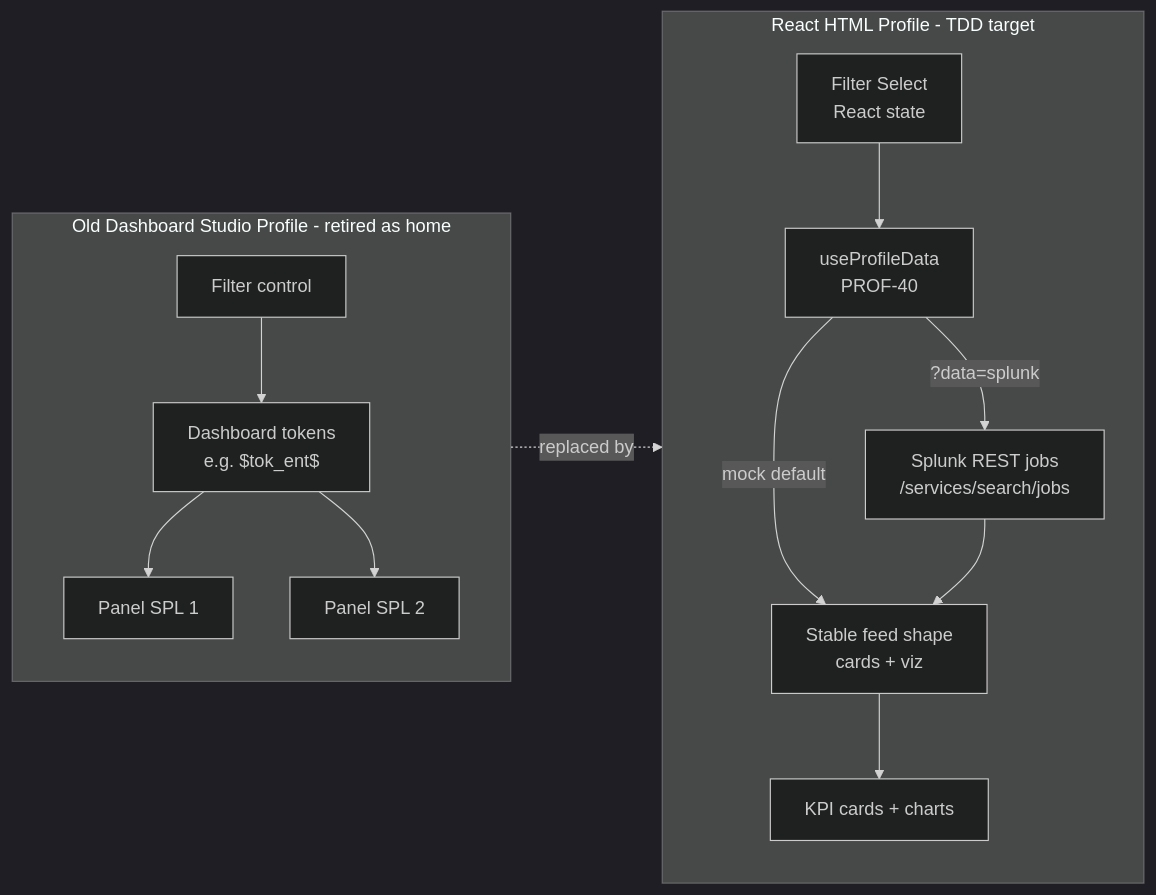
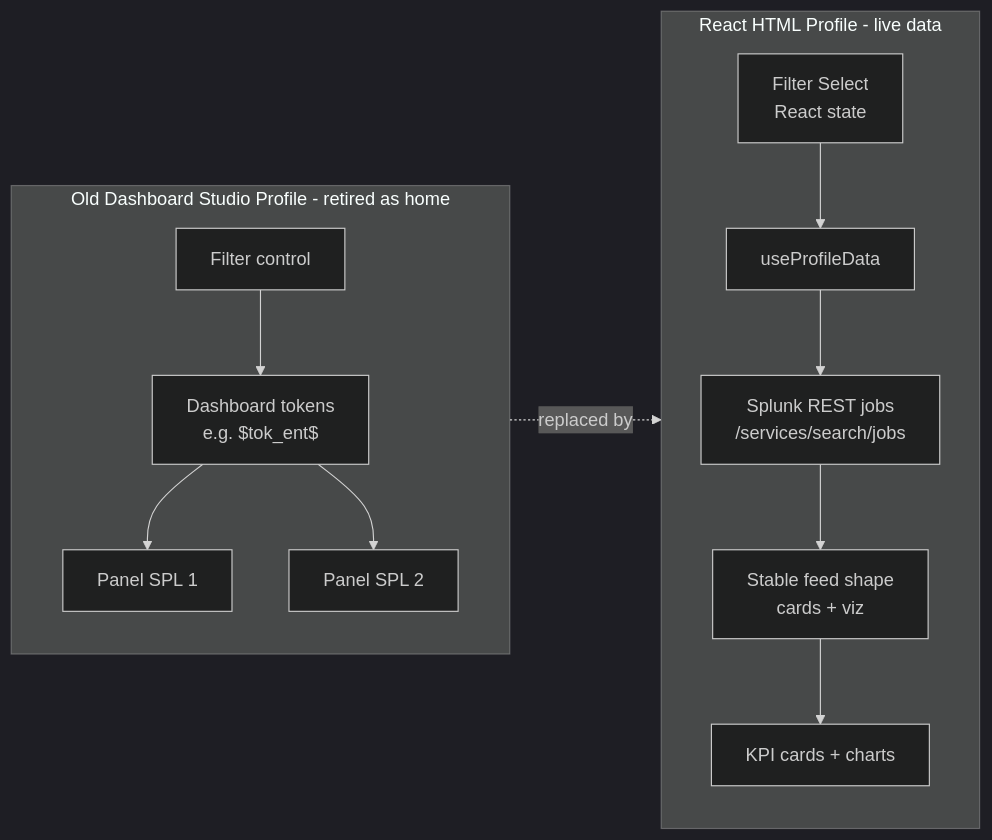
One commit to bleeclark/splunkStuff changed the second of 6 diagrams in packages/splunk-one/PROFILE-REACT-ARCHITECTURE.md. Above: the diagram before and after it, drawn with Mermaid (dark theme). The commit also changed other lines of this file and 20 other files, not shown here.

Commit message:
Refactor Profile React app to utilize live Splunk REST data, replacing mock fixtures. Updated filtering logic to map selections to SPL parameters and removed deprecated demo feed files. Enhanced error handling and loading states in the UI. Incremented asset version for clarity.

````diff
--- a/packages/splunk-one/PROFILE-REACT-ARCHITECTURE.md
+++ b/packages/splunk-one/PROFILE-REACT-ARCHITECTURE.md
@@ -46,27 +48,26 @@
 ```mermaid
 flowchart LR
   subgraph studio [Old Dashboard Studio Profile - retired as home]
     SFilter[Filter control]
     STok["Dashboard tokens<br/>e.g. $tok_ent$"]
     SPanel1[Panel SPL 1]
     SPanel2[Panel SPL 2]
     SFilter --> STok
     STok --> SPanel1
     STok --> SPanel2
   end
 
-  subgraph react [React HTML Profile - TDD target]
+  subgraph react [React HTML Profile - live data]
     RFilter[Filter Select<br/>React state]
-    RHook["useProfileData<br/>PROF-40"]
+    RHook["useProfileData"]
     RJobs["Splunk REST jobs<br/>/services/search/jobs"]
     RShape["Stable feed shape<br/>cards + viz"]
     RUI[KPI cards + charts]
     RFilter --> RHook
-    RHook -->|mock default| RShape
-    RHook -->|?data=splunk| RJobs
+    RHook --> RJobs
     RJobs --> RShape
     RShape --> RUI
   end
 
   studio -.->|replaced by| react
 ```
````
